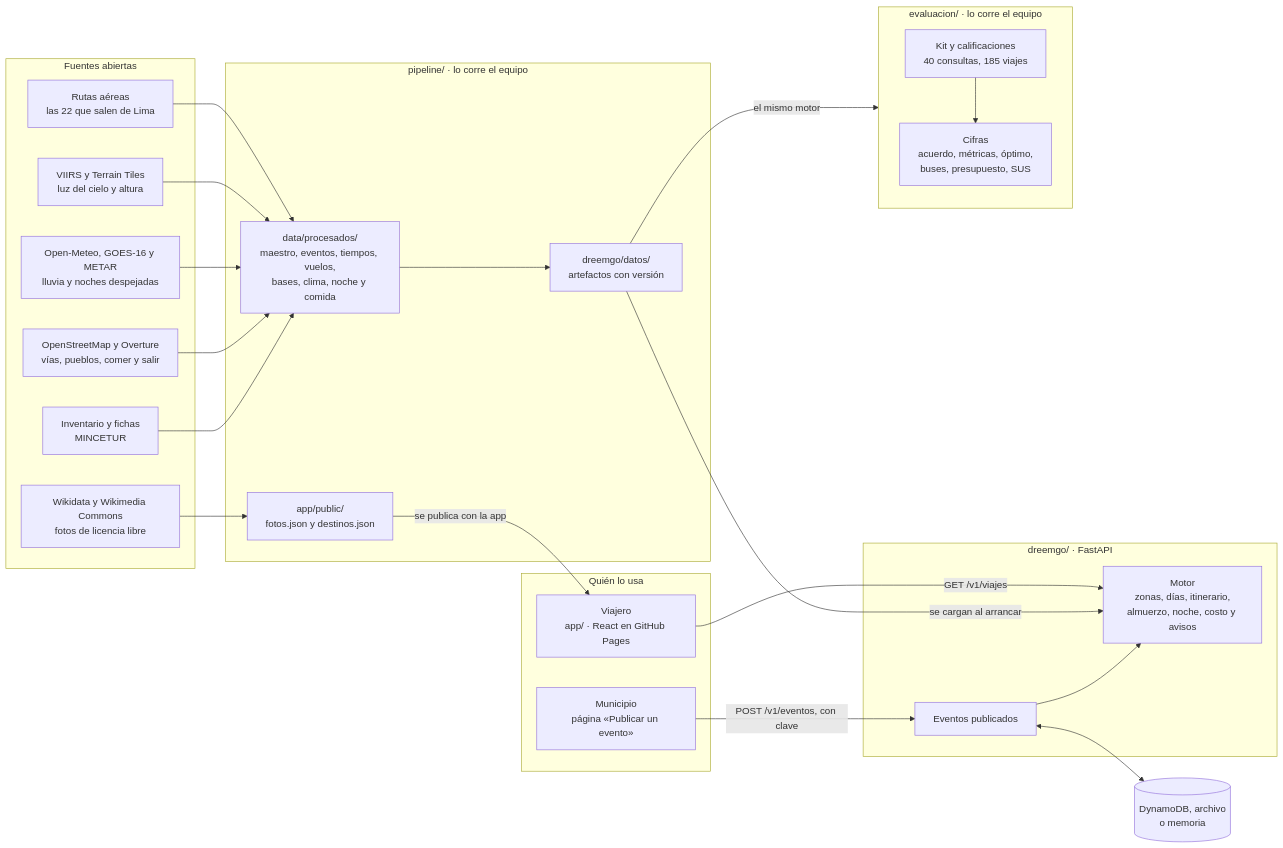
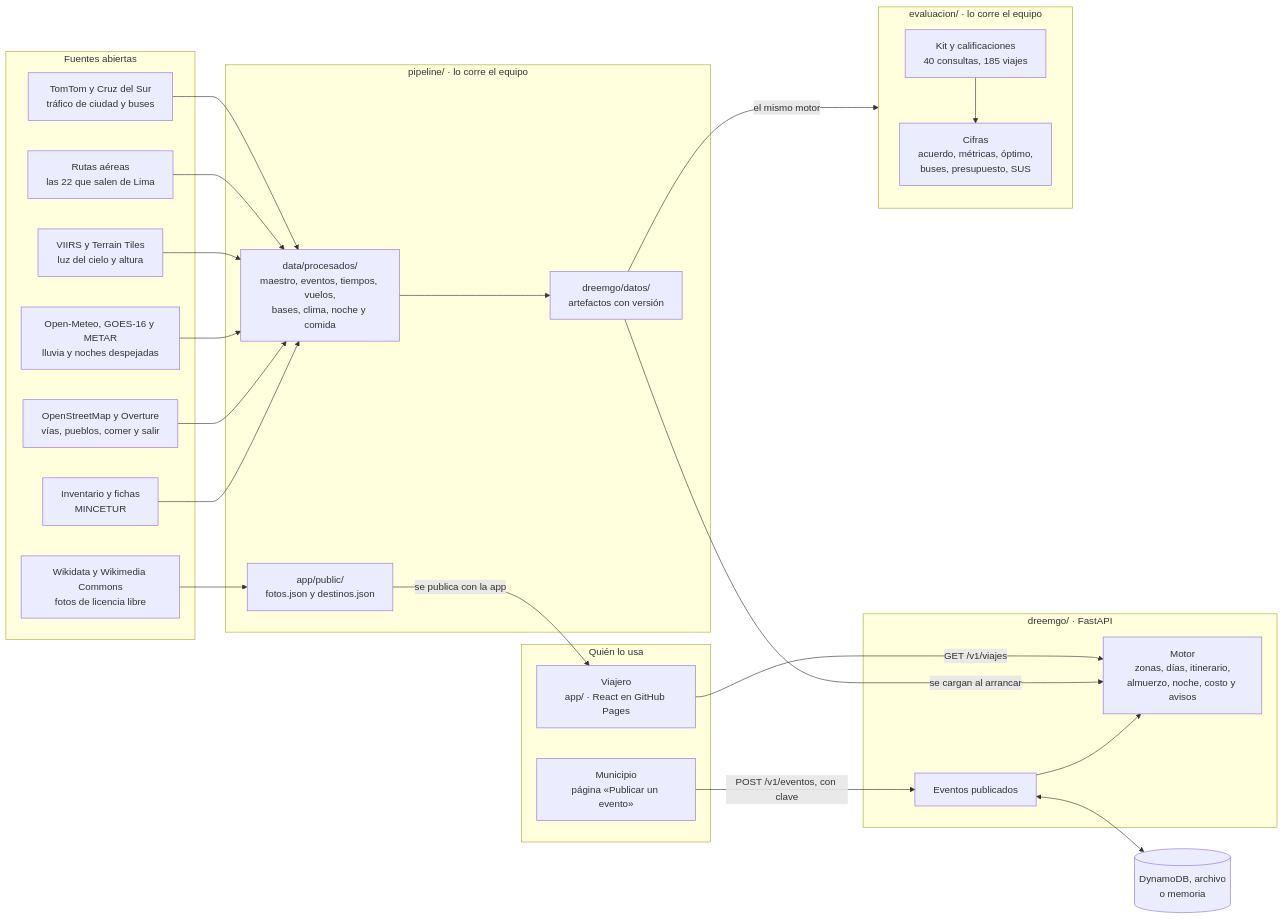
Before and after one commit to oswaldoaqm/Alejandros-Team: the first of 4 diagrams in docs/ARQUITECTURA.md, drawn with Mermaid. The commit also changed other lines of this file and 29 other files, not shown here.

````diff
--- a/docs/ARQUITECTURA.md
+++ b/docs/ARQUITECTURA.md
@@ -9,44 +9,46 @@
 ```mermaid
 flowchart LR
     subgraph fuentes["Fuentes abiertas"]
         mincetur["Inventario y fichas<br/>MINCETUR"]
         osm["OpenStreetMap y Overture<br/>vías, pueblos, comer y salir"]
         clima["Open-Meteo, GOES-16 y METAR<br/>lluvia y noches despejadas"]
         cielo["VIIRS y Terrain Tiles<br/>luz del cielo y altura"]
         vuelos["Rutas aéreas<br/>las 22 que salen de Lima"]
+        trafico["TomTom y Cruz del Sur<br/>tráfico de ciudad y buses"]
         commons["Wikidata y Wikimedia Commons<br/>fotos de licencia libre"]
     end
     subgraph pipeline["pipeline/ · lo corre el equipo"]
         procesados["data/procesados/<br/>maestro, eventos, tiempos, vuelos,<br/>bases, clima, noche y comida"]
         artefactos["dreemgo/datos/<br/>artefactos con versión"]
         publico["app/public/<br/>fotos.json y destinos.json"]
         procesados --> artefactos
     end
     mincetur --> procesados
     osm --> procesados
     clima --> procesados
     cielo --> procesados
     vuelos --> procesados
+    trafico --> procesados
     commons --> publico
     subgraph usuarios["Quién lo usa"]
         app["Viajero<br/>app/ · React en GitHub Pages"]
         municipio["Municipio<br/>página «Publicar un evento»"]
     end
     subgraph api["dreemgo/ · FastAPI"]
         motor["Motor<br/>zonas, días, itinerario,<br/>almuerzo, noche, costo y avisos"]
         publicados["Eventos publicados"]
         publicados --> motor
     end
     subgraph evaluacion["evaluacion/ · lo corre el equipo"]
         kit["Kit y calificaciones<br/>40 consultas, 185 viajes"]
         cifras["Cifras<br/>acuerdo, métricas, óptimo,<br/>buses, presupuesto, SUS"]
         kit --> cifras
     end
     artefactos -->|"se cargan al arrancar"| motor
     artefactos -->|"el mismo motor"| evaluacion
     publico -->|"se publica con la app"| app
     app -->|"GET /v1/viajes"| motor
     municipio -->|"POST /v1/eventos, con clave"| publicados
     almacen[("DynamoDB, archivo<br/>o memoria")]
     publicados <--> almacen
 ```
````
